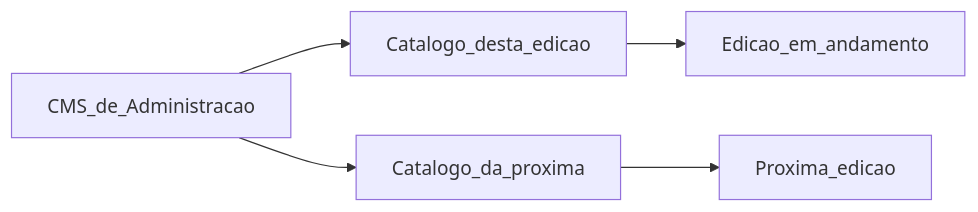
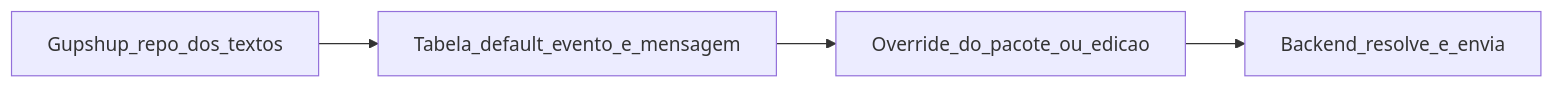
Before and after one commit to luciorogeriosp/cm_documentacao: the first of 3 diagrams in docs/jornadas/comunicacao.md, drawn with Mermaid. The commit also changed other lines of this file and 76 other files, not shown here.

````diff
--- a/docs/jornadas/comunicacao.md
+++ b/docs/jornadas/comunicacao.md
@@ -64,12 +67,10 @@
 ```mermaid
 flowchart LR
-  CMS[CMS_de_Administracao]
-  CatA[Catalogo_desta_edicao]
-  CatB[Catalogo_da_proxima]
-  EdicaoAtual[Edicao_em_andamento]
-  EdicaoNova[Proxima_edicao]
-  CMS --> CatA
-  CMS --> CatB
-  CatA --> EdicaoAtual
-  CatB --> EdicaoNova
+  Gupshup[Gupshup_repo_dos_textos]
+  Default[Tabela_default_evento_e_mensagem]
+  Edicao[Override_do_pacote_ou_edicao]
+  Backend[Backend_resolve_e_envia]
+  Gupshup --> Default
+  Default --> Edicao
+  Edicao --> Backend
 ```
````
